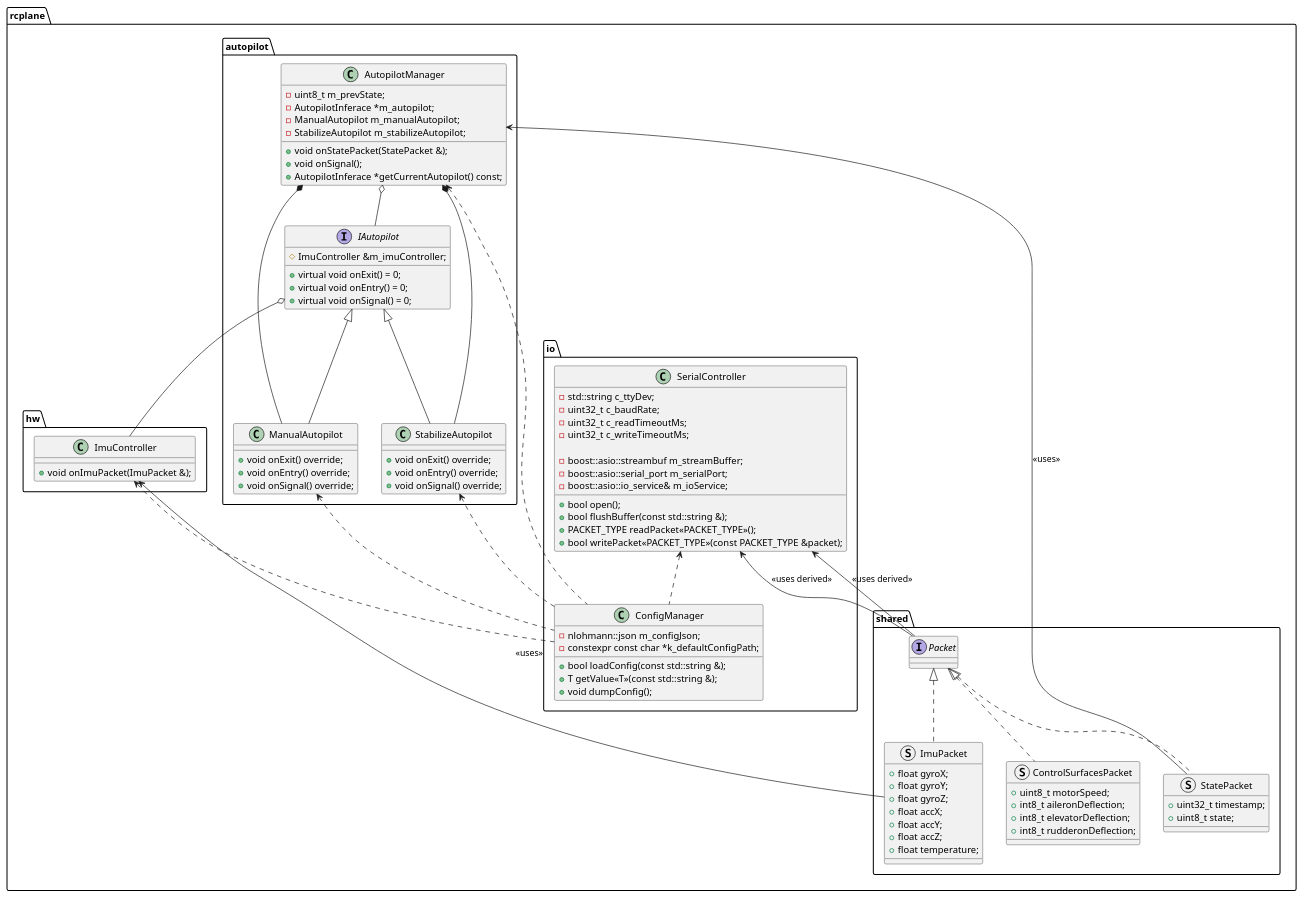
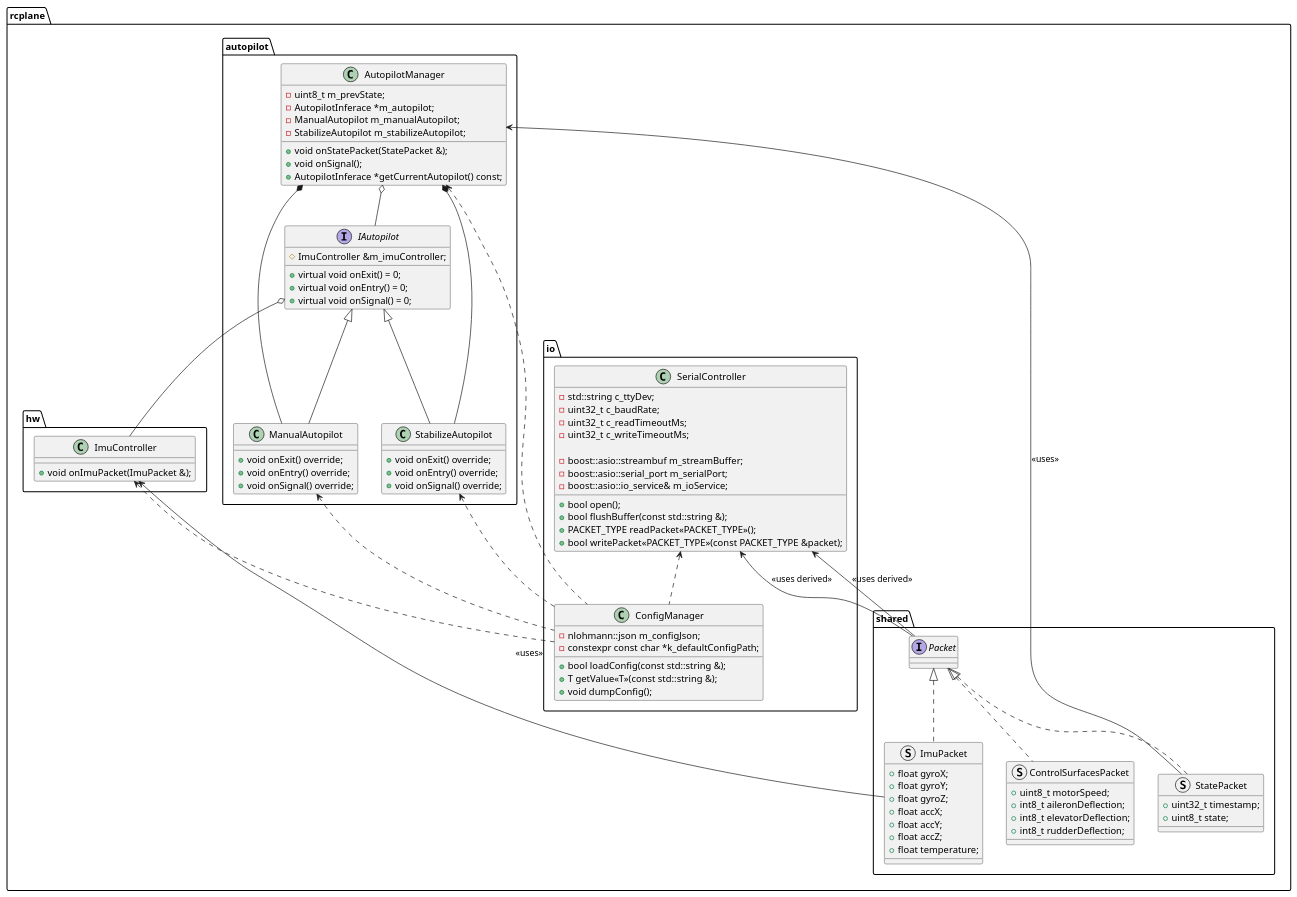
Before and after one commit to dev-jtemel/rc_plane: the diagram in puml/som.puml, drawn with PlantUML. The commit also changed 13 other files, not shown here.

```diff
--- a/puml/som.puml
+++ b/puml/som.puml
@@ -1,117 +1,117 @@
 @startuml System On Module
 
 package rcplane.shared {
   interface Packet {
   }
 
   struct StatePacket {
     + uint32_t timestamp;
     + uint8_t state;
   }
 
   struct ImuPacket {
     + float gyroX;
     + float gyroY;
     + float gyroZ;
     + float accX;
     + float accY;
     + float accZ;
     + float temperature;
   }
 
   struct ControlSurfacesPacket {
     + uint8_t motorSpeed;
     + int8_t aileronDeflection;
     + int8_t elevatorDeflection;
-    + int8_t rudderonDeflection;
+    + int8_t rudderDeflection;
   }
 }
 
 package rcplane.io {
   class SerialController {
     - std::string c_ttyDev;
     - uint32_t c_baudRate;
     - uint32_t c_readTimeoutMs;
     - uint32_t c_writeTimeoutMs;
 
     - boost::asio::streambuf m_streamBuffer;
     - boost::asio::serial_port m_serialPort;
     - boost::asio::io_service& m_ioService;
 
     + bool open();
     + bool flushBuffer(const std::string &);
     + PACKET_TYPE readPacket<<PACKET_TYPE>>();
     + bool writePacket<<PACKET_TYPE>>(const PACKET_TYPE &packet);
   }
 
   class ConfigManager {
     - nlohmann::json m_configJson;
     - constexpr const char *k_defaultConfigPath;
     + bool loadConfig(const std::string &);
     + T getValue<<T>>(const std::string &);
     + void dumpConfig();
   }
 }
 
 package rcplane.autopilot {
   class AutopilotManager {
     - uint8_t m_prevState;
     - AutopilotInferace *m_autopilot;
     - ManualAutopilot m_manualAutopilot;
     - StabilizeAutopilot m_stabilizeAutopilot;
     + void onStatePacket(StatePacket &);
     + void onSignal();
     + AutopilotInferace *getCurrentAutopilot() const;
   }
 
   interface IAutopilot {
     # ImuController &m_imuController;
     + virtual void onExit() = 0;
     + virtual void onEntry() = 0;
     + virtual void onSignal() = 0;
   }
 
   class StabilizeAutopilot {
     + void onExit() override;
     + void onEntry() override;
     + void onSignal() override;
   }
 
   class ManualAutopilot {
     + void onExit() override;
     + void onEntry() override;
     + void onSignal() override;
   }
 }
 
 package rcplane.hw {
   class ImuController {
     + void onImuPacket(ImuPacket &);
   }
 }
 
 Packet <|.. StatePacket
 Packet <|.. ImuPacket
 Packet <|.. ControlSurfacesPacket
 
 SerialController <.. ConfigManager
 AutopilotManager <.. ConfigManager
 StabilizeAutopilot <.. ConfigManager
 ManualAutopilot <.. ConfigManager
 ImuController <.. ConfigManager
 
 AutopilotManager *-- StabilizeAutopilot
 AutopilotManager *-- ManualAutopilot
 AutopilotManager o-- IAutopilot
 
 IAutopilot <|-- StabilizeAutopilot
 IAutopilot <|-- ManualAutopilot
 
 IAutopilot o-- ImuController
 ImuController <-- ImuPacket : <<uses>>
 SerialController <-- Packet : <<uses derived>>
 SerialController <-- Packet : <<uses derived>>
 AutopilotManager <-- StatePacket : <<uses>>
 
 
 @enduml
```
